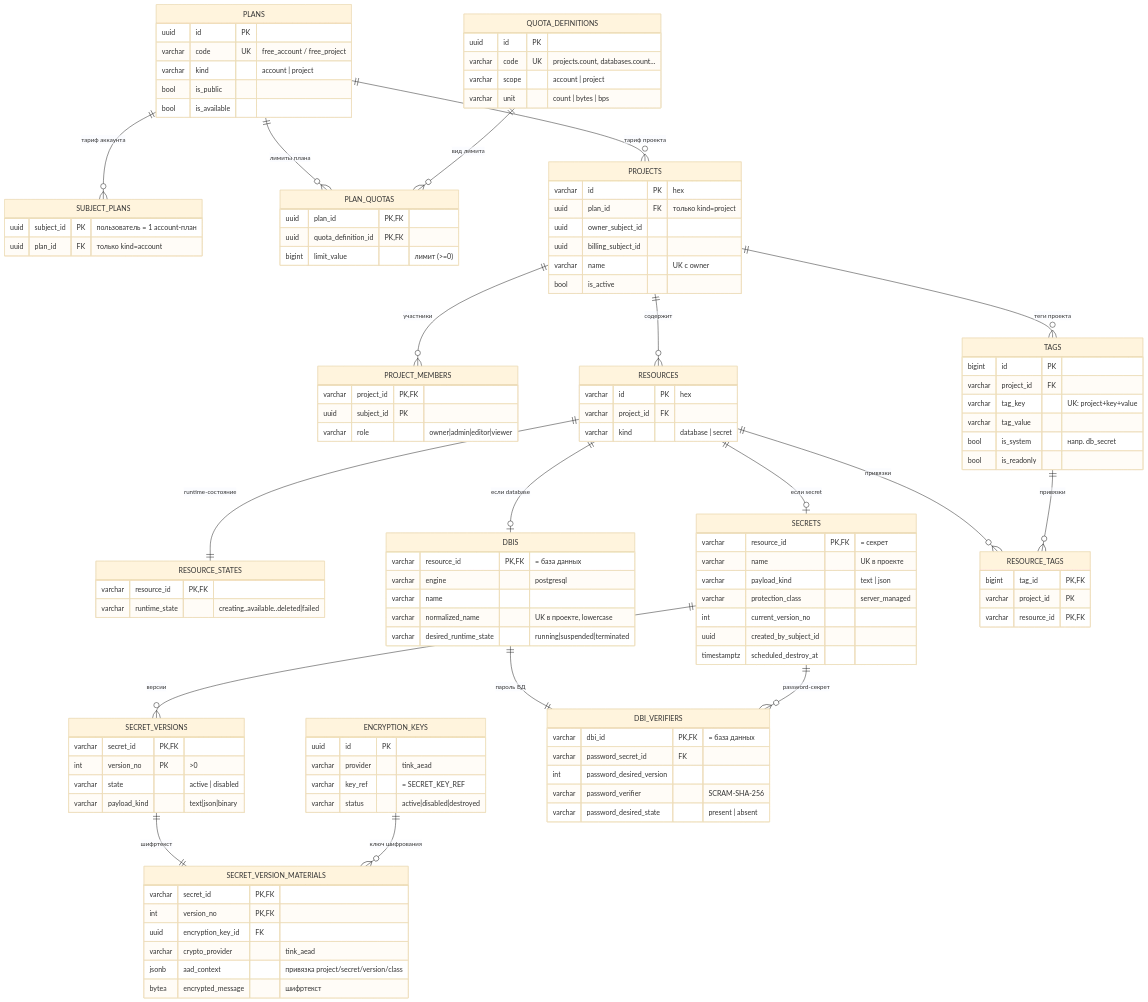
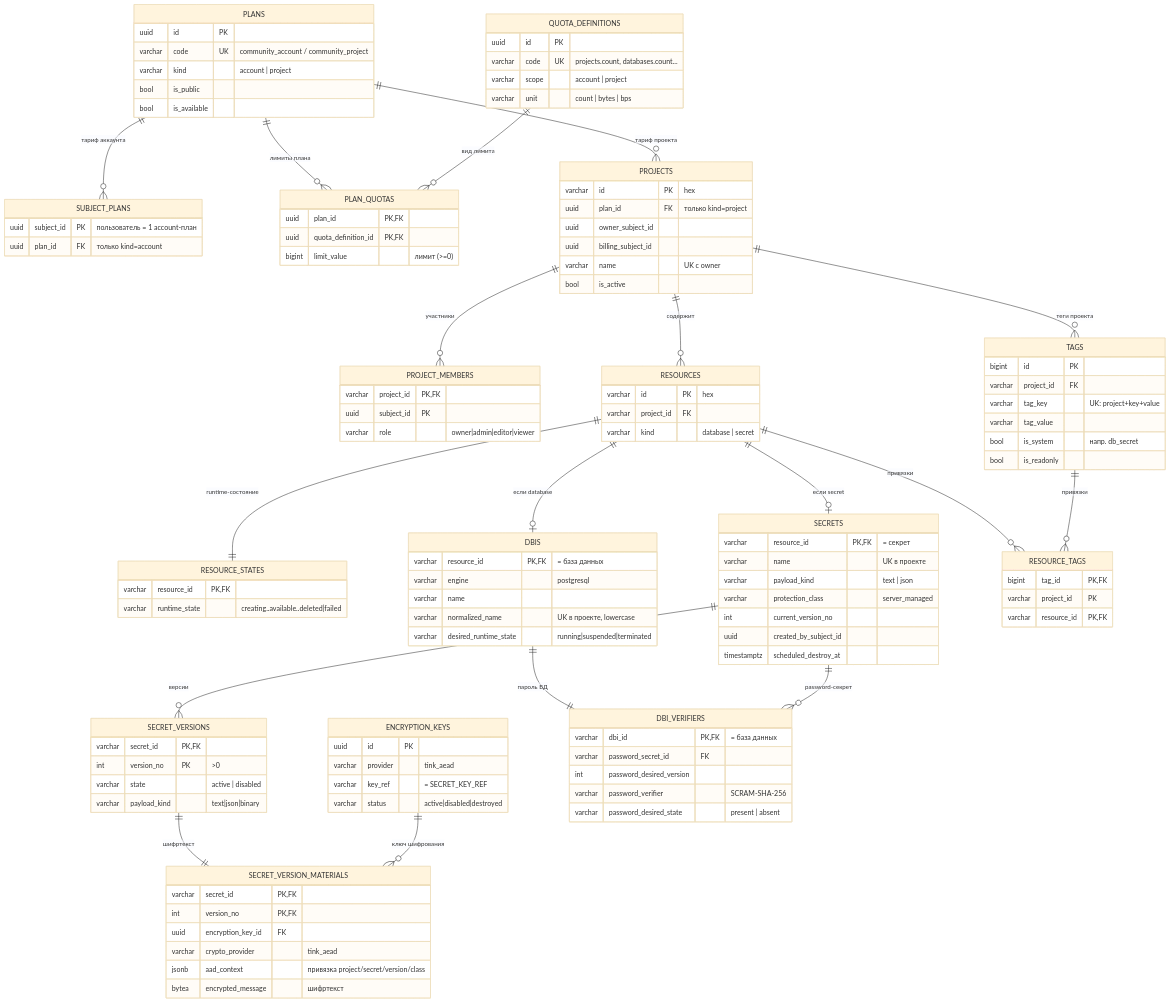
The first of 2 diagrams in db/SCHEMA.md (sb0rka/sb0rka), drawn with Mermaid (base theme) before and after one commit. The commit also changed 26 other files, not shown here.

```diff
--- a/db/SCHEMA.md
+++ b/db/SCHEMA.md
@@ -30,7 +30,7 @@
 
     PLANS {
         uuid id PK
-        varchar code UK "free_account / free_project"
+        varchar code UK "community_account / community_project"
         varchar kind "account | project"
         bool is_public
         bool is_available
```
